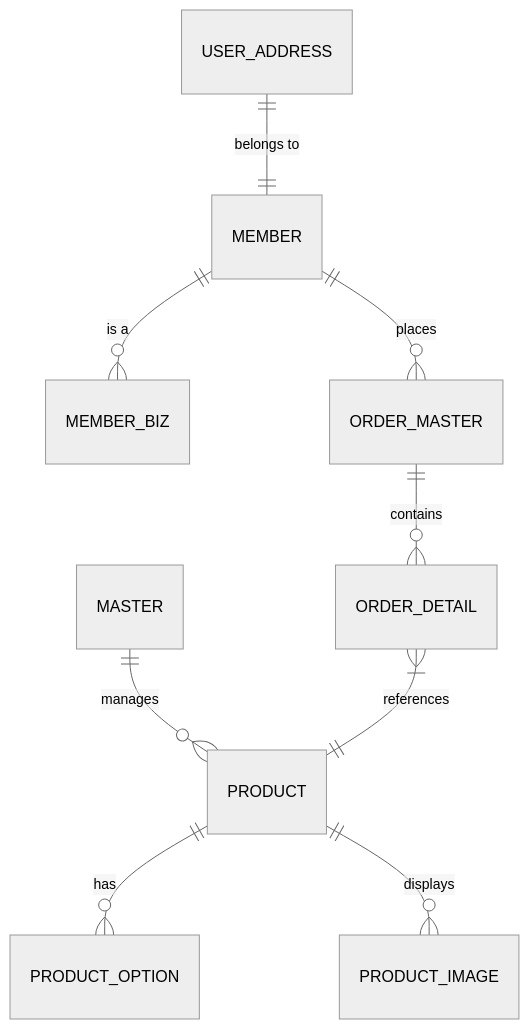
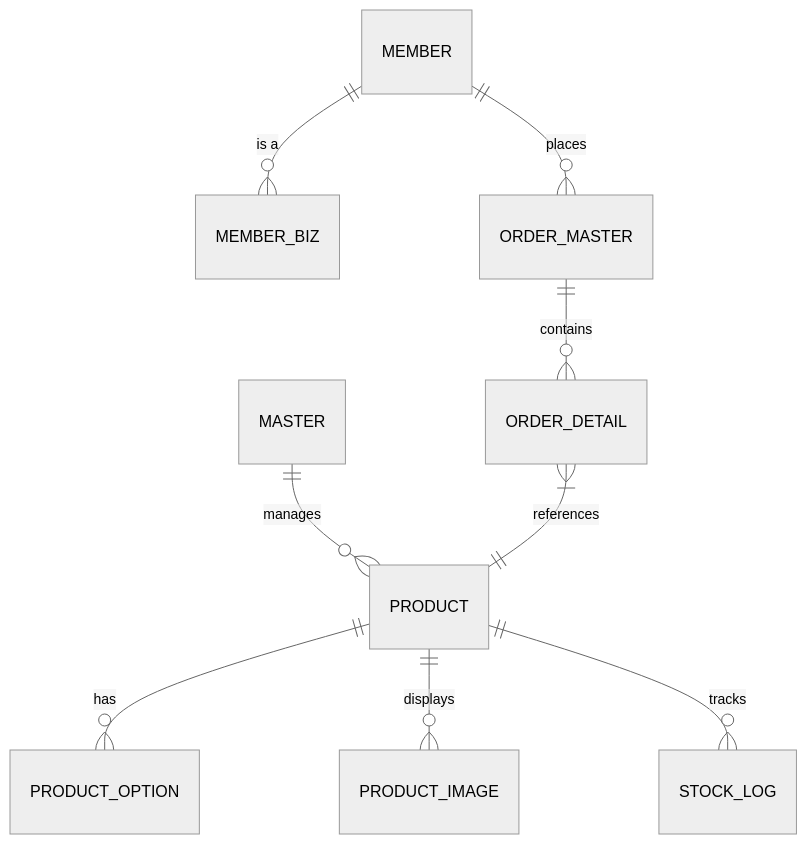
The diagram in Document/Specs/PRD_ShoppingMall.md (youchango/Nanum), drawn with Mermaid (neutral theme) before and after one commit. The commit also changed other lines of this file and 31 other files, not shown here.

First line of the commit message:
Refactor: Convert to Shopping Mall Platform (DB Schema, API Separation, Build Fixes)

````diff
--- a/Document/Specs/PRD_ShoppingMall.md
+++ b/Document/Specs/PRD_ShoppingMall.md
@@ -48,11 +48,11 @@
 ```mermaid
 erDiagram
     MEMBER ||--o{ MEMBER_BIZ : "is a"
     MEMBER ||--o{ ORDER_MASTER : "places"
     MASTER ||--o{ PRODUCT : "manages"
     PRODUCT ||--o{ PRODUCT_OPTION : "has"
     PRODUCT ||--o{ PRODUCT_IMAGE : "displays"
     ORDER_MASTER ||--o{ ORDER_DETAIL : "contains"
     ORDER_DETAIL }|--|| PRODUCT : "references"
-    USER_ADDRESS ||--|| MEMBER : "belongs to"
+    PRODUCT ||--o{ STOCK_LOG : "tracks"
 ```
````
